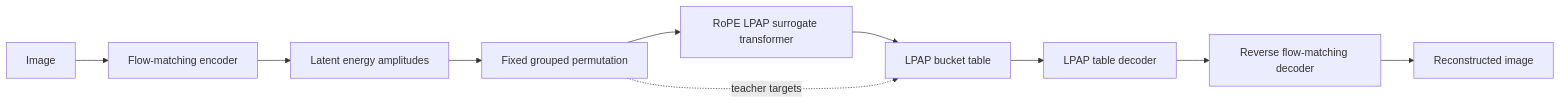
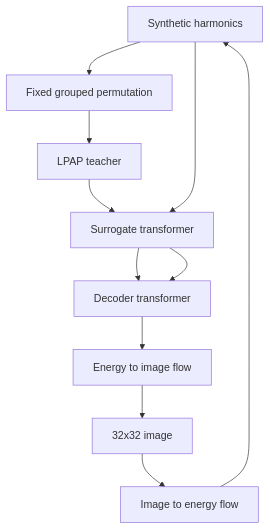
One commit to matovitch/lpap changed the diagram in doc/lpap.md. Above: the diagram before and after it, drawn with Mermaid. The commit also changed other lines of this file and 6 other files, not shown here.

````diff
--- a/doc/lpap.md
+++ b/doc/lpap.md
@@ -26,15 +28,17 @@
 ```mermaid
-flowchart LR
-    image[Image]
-    encoder[Flow-matching encoder]
-    energy[Latent energy amplitudes]
+flowchart TD
+    harmonics[Synthetic harmonics]
     permute[Fixed grouped permutation]
-    surrogate[RoPE LPAP surrogate transformer]
-    table[LPAP bucket table]
-    table_decoder[LPAP table decoder]
-    reverse[Reverse flow-matching decoder]
-    reconstruction[Reconstructed image]
+    lpap[LPAP teacher]
+    surrogate[Surrogate transformer]
+    decoder[Decoder transformer]
+    image_flow[Image to energy flow]
+    reverse_flow[Energy to image flow]
+    image[32x32 image]
 
-    image --> encoder --> energy --> permute --> surrogate --> table --> table_decoder --> reverse --> reconstruction
-    permute -. teacher targets .-> table
+    harmonics --> permute --> lpap
+    lpap --> surrogate
+    surrogate --> decoder
+    image --> image_flow --> harmonics
+    harmonics --> surrogate --> decoder --> reverse_flow --> image
 ```
````
